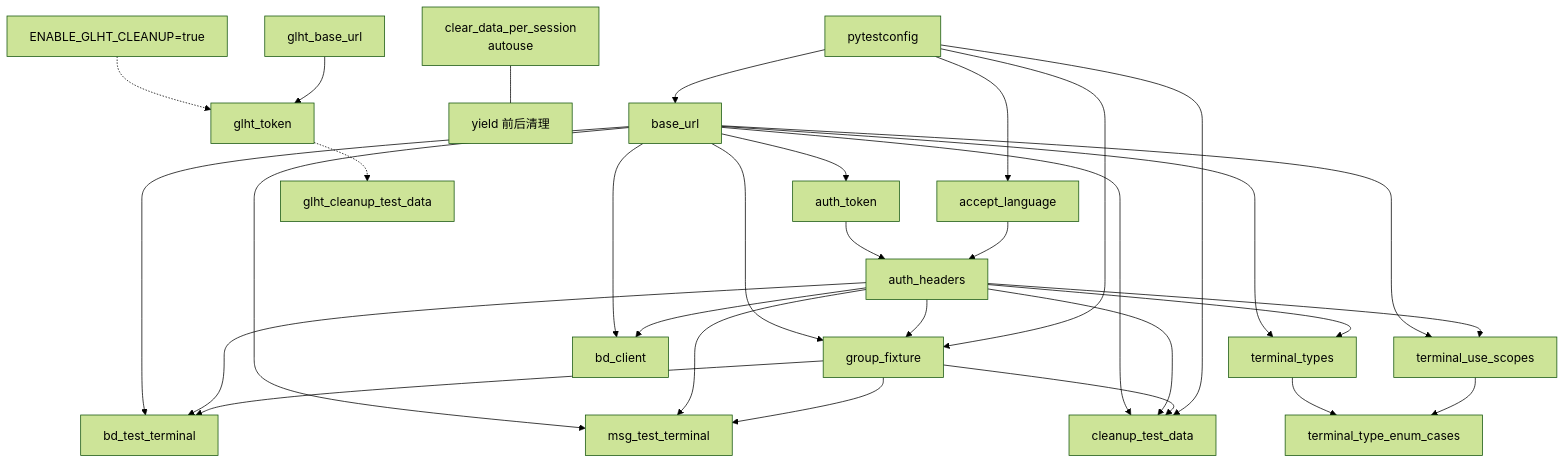
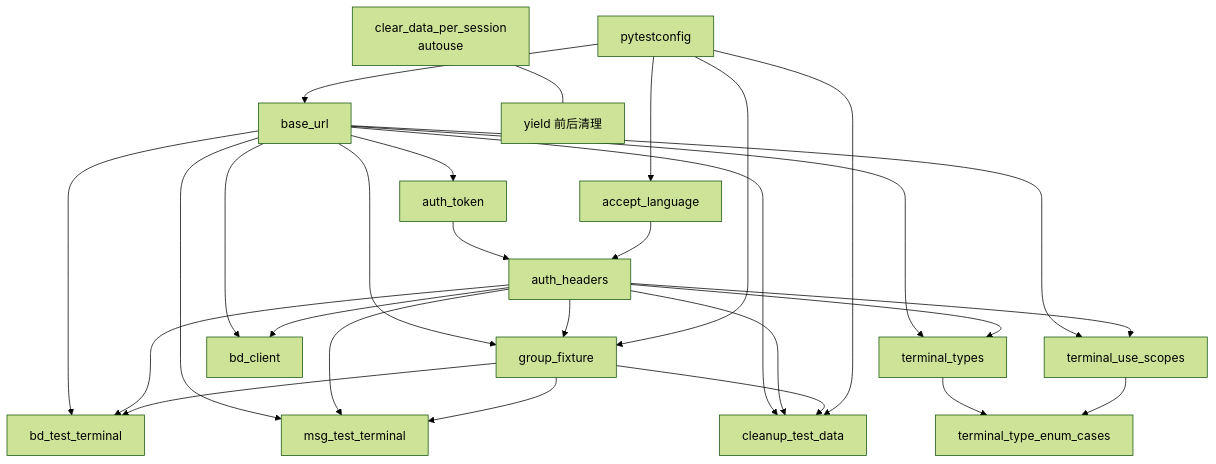
Before and after one commit to CuMgNa/BD_loc_mon_api_test: the diagram in skills/api-test-framework/references/conftest-jkpt.md, drawn with Mermaid (forest theme). The commit also changed other lines of this file and 3 other files, not shown here.

Commit message:
docs(cleanup): 补模板 D 说明，同步 glht 迁移到 cleanup-framework.md/conftest-jkpt.md/CHANGELOG

````diff
--- a/skills/api-test-framework/references/conftest-jkpt.md
+++ b/skills/api-test-framework/references/conftest-jkpt.md
@@ -40,33 +40,30 @@
 ```mermaid
 flowchart TD
   pytestconfig --> base_url
   pytestconfig --> accept_language
   base_url --> auth_token
   auth_token --> auth_headers
   accept_language --> auth_headers
   base_url --> group_fixture
   auth_headers --> group_fixture
   pytestconfig --> group_fixture
   base_url --> terminal_types
   auth_headers --> terminal_types
   base_url --> terminal_use_scopes
   auth_headers --> terminal_use_scopes
   terminal_types --> terminal_type_enum_cases
   terminal_use_scopes --> terminal_type_enum_cases
   base_url --> bd_test_terminal
   auth_headers --> bd_test_terminal
   group_fixture --> bd_test_terminal
   base_url --> msg_test_terminal
   auth_headers --> msg_test_terminal
   group_fixture --> msg_test_terminal
   base_url --> bd_client
   auth_headers --> bd_client
   autouse_clear[clear_data_per_session<br/>autouse] --- yield_marker[yield 前后清理]
   base_url --> cleanup_test_data
   auth_headers --> cleanup_test_data
   group_fixture --> cleanup_test_data
   pytestconfig --> cleanup_test_data
-  flag[ENABLE_GLHT_CLEANUP=true] -.-> glht_token
-  glht_base_url --> glht_token
-  glht_token -.-> glht_cleanup_test_data
 ```
````
